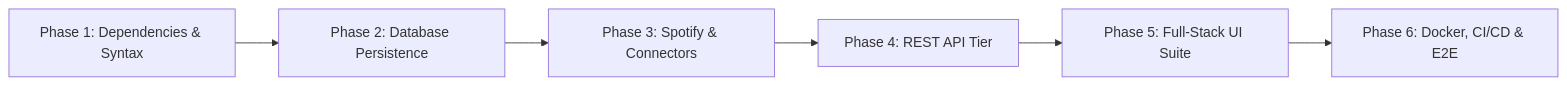
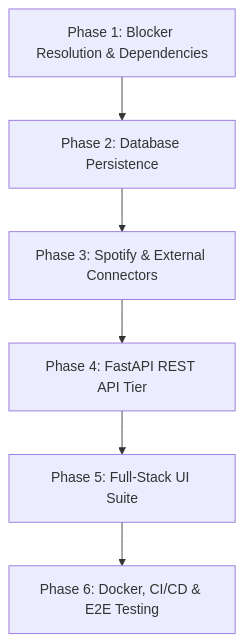
One commit to maitray-agrawal/TasteOps changed the diagram in docs/MEMBER3_GAP_AUDIT.md. Above: the diagram before and after it, drawn with Mermaid. The commit also changed other lines of this file, not shown here.

````diff
--- a/docs/MEMBER3_GAP_AUDIT.md
+++ b/docs/MEMBER3_GAP_AUDIT.md
@@ -533,8 +369,8 @@
 ```mermaid
-graph LR
-    P1[Phase 1: Dependencies & Syntax] --> P2[Phase 2: Database Persistence]
-    P2 --> P3[Phase 3: Spotify & Connectors]
-    P3 --> P4[Phase 4: REST API Tier]
+graph TD
+    P1[Phase 1: Blocker Resolution & Dependencies] --> P2[Phase 2: Database Persistence]
+    P2 --> P3[Phase 3: Spotify & External Connectors]
+    P3 --> P4[Phase 4: FastAPI REST API Tier]
     P4 --> P5[Phase 5: Full-Stack UI Suite]
-    P5 --> P6[Phase 6: Docker, CI/CD & E2E]
+    P5 --> P6[Phase 6: Docker, CI/CD & E2E Testing]
 ```
````
